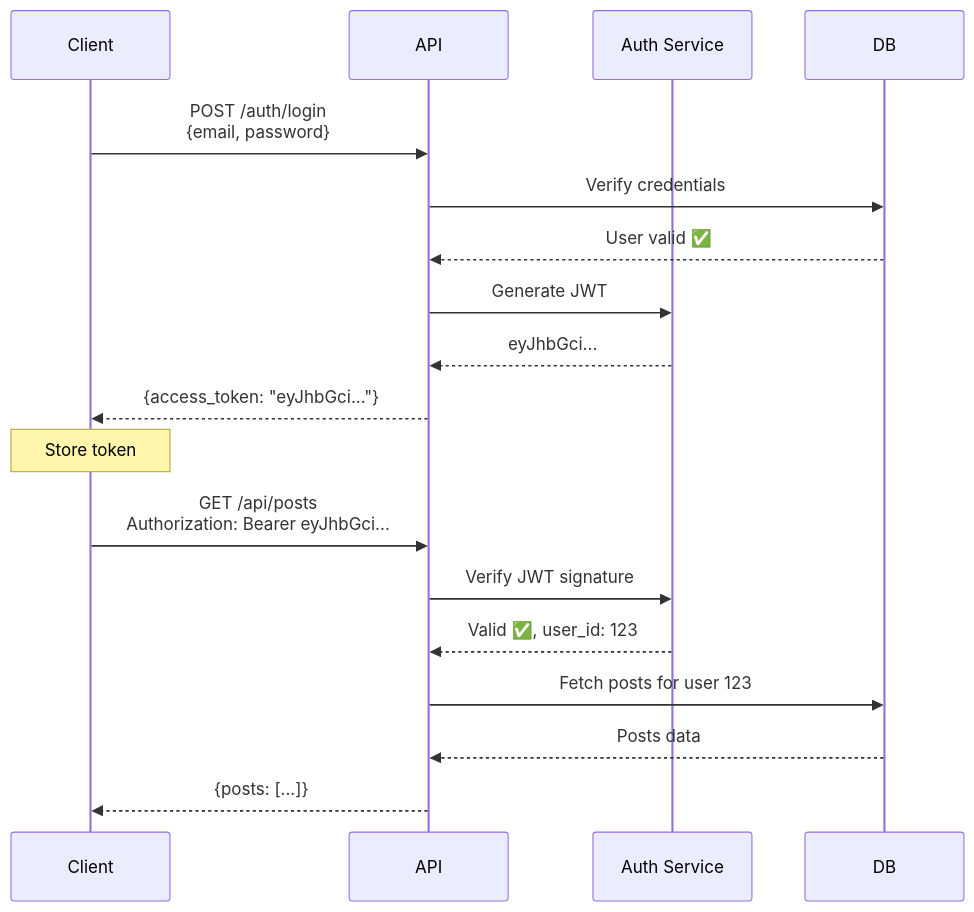
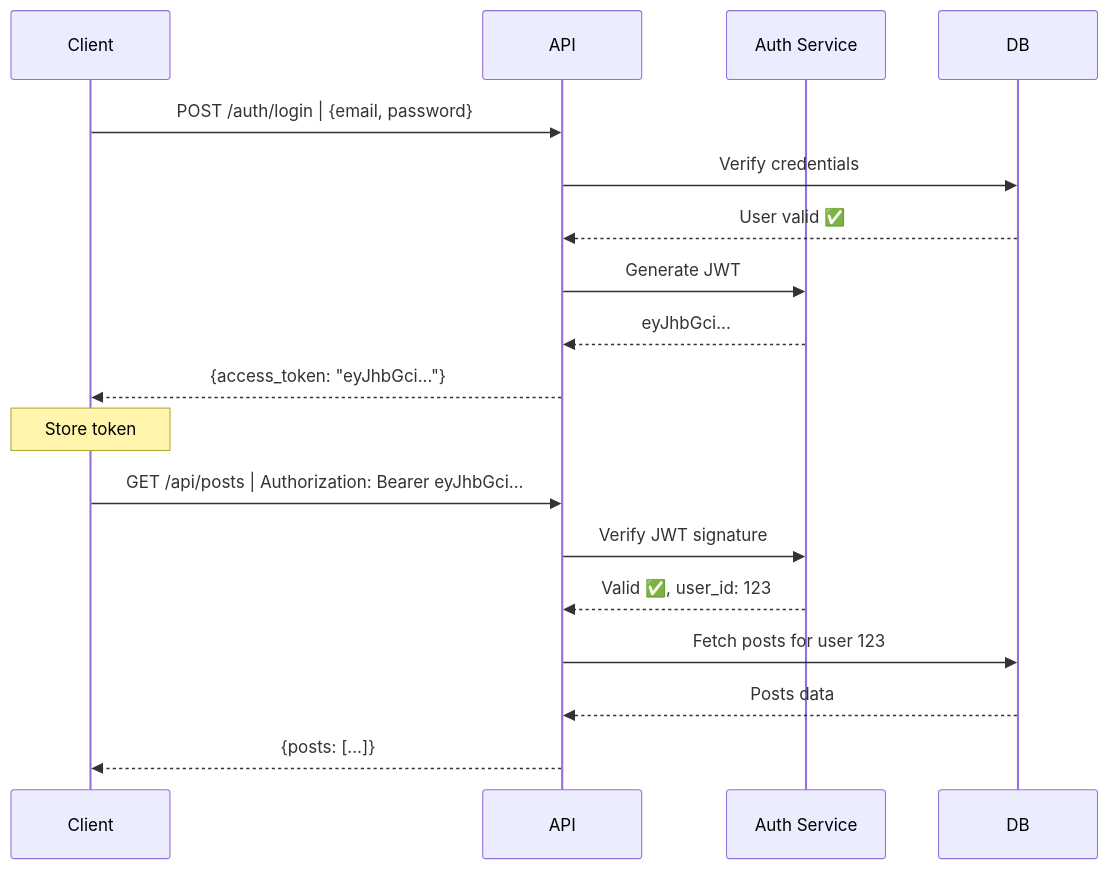
The eighth of 9 diagrams in HLD/foundation/05_api-design.md (p1kmr/for-reading), drawn with Mermaid before and after one commit. The commit also changed other lines of this file and 14 other files, not shown here.

Commit message:
Fix Mermaid diagram syntax: Replace <br/> with <br> for GitHub compatibility

````diff
--- a/HLD/foundation/05_api-design.md
+++ b/HLD/foundation/05_api-design.md
@@ -407,29 +407,29 @@
 ```mermaid
 sequenceDiagram
     participant Client
     participant API
     participant Auth as Auth Service
     participant DB
 
-    Client->>API: POST /auth/login<br/>{email, password}
+    Client->>API: POST /auth/login | {email, password}
 
     API->>DB: Verify credentials
     DB-->>API: User valid ✅
 
     API->>Auth: Generate JWT
     Auth-->>API: eyJhbGci...
 
     API-->>Client: {access_token: "eyJhbGci..."}
 
     Note over Client: Store token
 
-    Client->>API: GET /api/posts<br/>Authorization: Bearer eyJhbGci...
+    Client->>API: GET /api/posts | Authorization: Bearer eyJhbGci...
 
     API->>Auth: Verify JWT signature
     Auth-->>API: Valid ✅, user_id: 123
 
     API->>DB: Fetch posts for user 123
     DB-->>API: Posts data
 
     API-->>Client: {posts: [...]}
 ```
````
